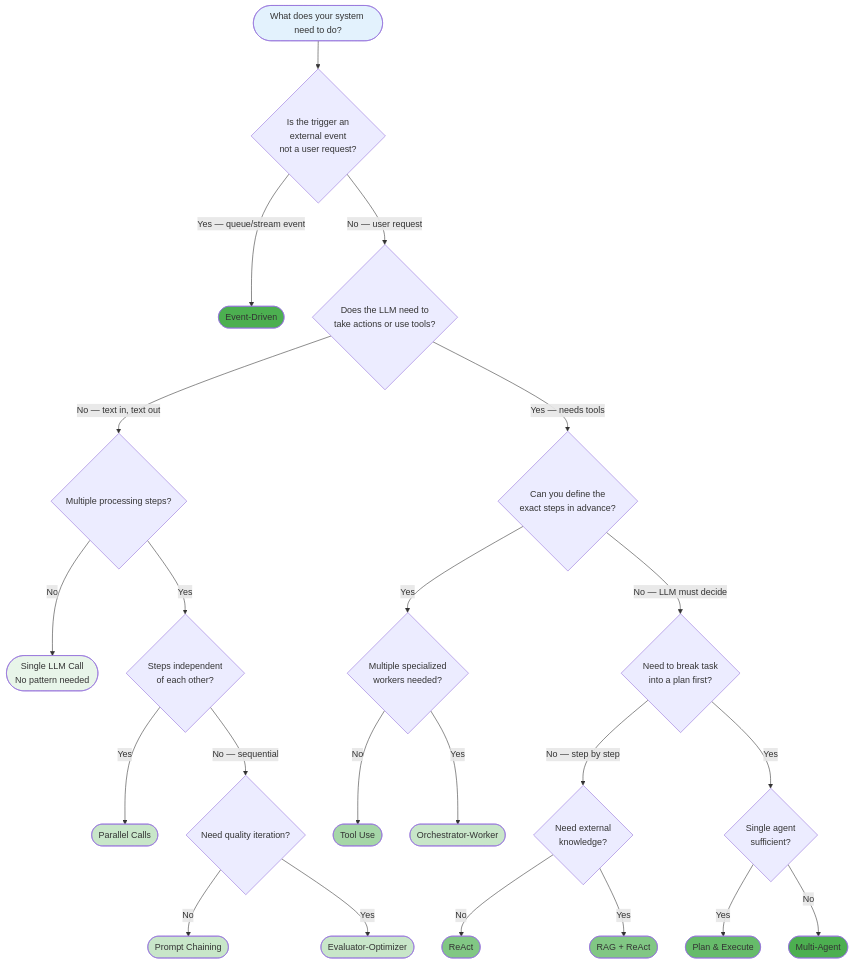
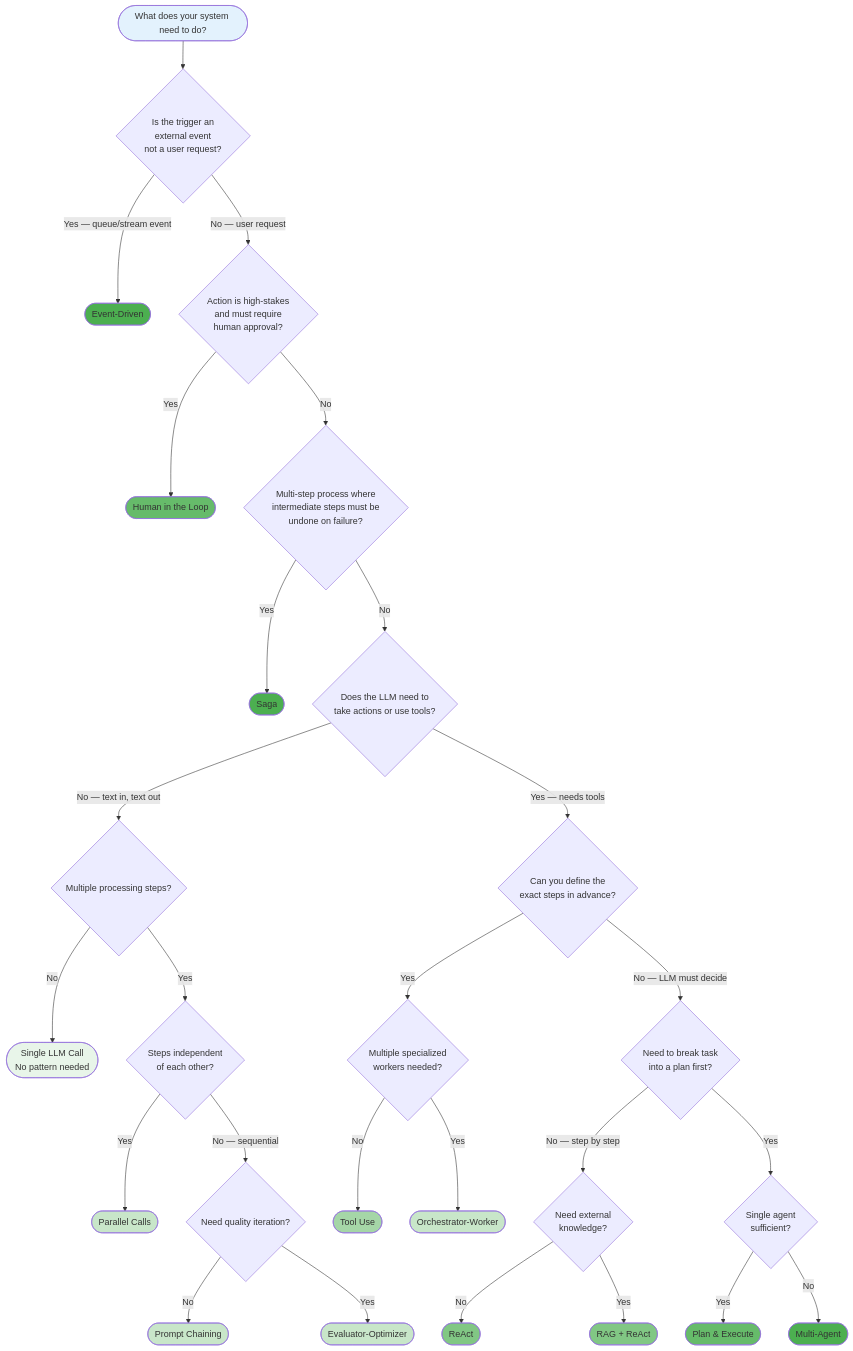
The first of 2 diagrams in foundations/choosing-a-pattern.md (jagguvarma15/agent-blueprints), drawn with Mermaid before and after one commit. The commit also changed other lines of this file, not shown here.

````diff
--- a/foundations/choosing-a-pattern.md
+++ b/foundations/choosing-a-pattern.md
@@ -7,42 +7,48 @@
 ```mermaid
 graph TD
     Start([What does your system need to do?]) --> Q0{Is the trigger an<br/>external event<br/>not a user request?}
 
     Q0 -->|"Yes — queue/stream event"| EventDriven([Event-Driven])
-    Q0 -->|"No — user request"| Q1{Does the LLM need to<br/>take actions or use tools?}
+    Q0 -->|"No — user request"| QHITL{Action is high-stakes<br/>and must require<br/>human approval?}
+    QHITL -->|"Yes"| HITL([Human in the Loop])
+    QHITL -->|"No"| QSaga{Multi-step process where<br/>intermediate steps must be<br/>undone on failure?}
+    QSaga -->|"Yes"| Saga([Saga])
+    QSaga -->|"No"| Q1{Does the LLM need to<br/>take actions or use tools?}
 
     Q1 -->|"No — text in, text out"| Q2{Multiple processing steps?}
     Q2 -->|"No"| Single([Single LLM Call<br/>No pattern needed])
     Q2 -->|"Yes"| Q3{Steps independent<br/>of each other?}
     Q3 -->|"Yes"| Parallel([Parallel Calls])
     Q3 -->|"No — sequential"| Q4{Need quality iteration?}
     Q4 -->|"No"| Chain([Prompt Chaining])
     Q4 -->|"Yes"| EvalOpt([Evaluator-Optimizer])
 
     Q1 -->|"Yes — needs tools"| Q5{Can you define the<br/>exact steps in advance?}
     Q5 -->|"Yes"| Q6{Multiple specialized<br/>workers needed?}
     Q6 -->|"No"| ToolUse([Tool Use])
     Q6 -->|"Yes"| OrcWorker([Orchestrator-Worker])
 
     Q5 -->|"No — LLM must decide"| Q7{Need to break task<br/>into a plan first?}
     Q7 -->|"No — step by step"| Q8{Need external<br/>knowledge?}
     Q8 -->|"No"| ReAct([ReAct])
     Q8 -->|"Yes"| RAG([RAG + ReAct])
 
     Q7 -->|"Yes"| Q9{Single agent<br/>sufficient?}
     Q9 -->|"Yes"| PlanExec([Plan & Execute])
     Q9 -->|"No"| MultiAgent([Multi-Agent])
 
     style Start fill:#e3f2fd
     style Single fill:#e8f5e9
     style Chain fill:#c8e6c9
     style Parallel fill:#c8e6c9
     style EvalOpt fill:#c8e6c9
     style OrcWorker fill:#c8e6c9
     style ToolUse fill:#a5d6a7
     style ReAct fill:#81c784
     style RAG fill:#81c784
     style PlanExec fill:#66bb6a
     style MultiAgent fill:#4caf50
     style EventDriven fill:#4caf50
+    style Saga fill:#4caf50
+    style HITL fill:#66bb6a
 ```
````
